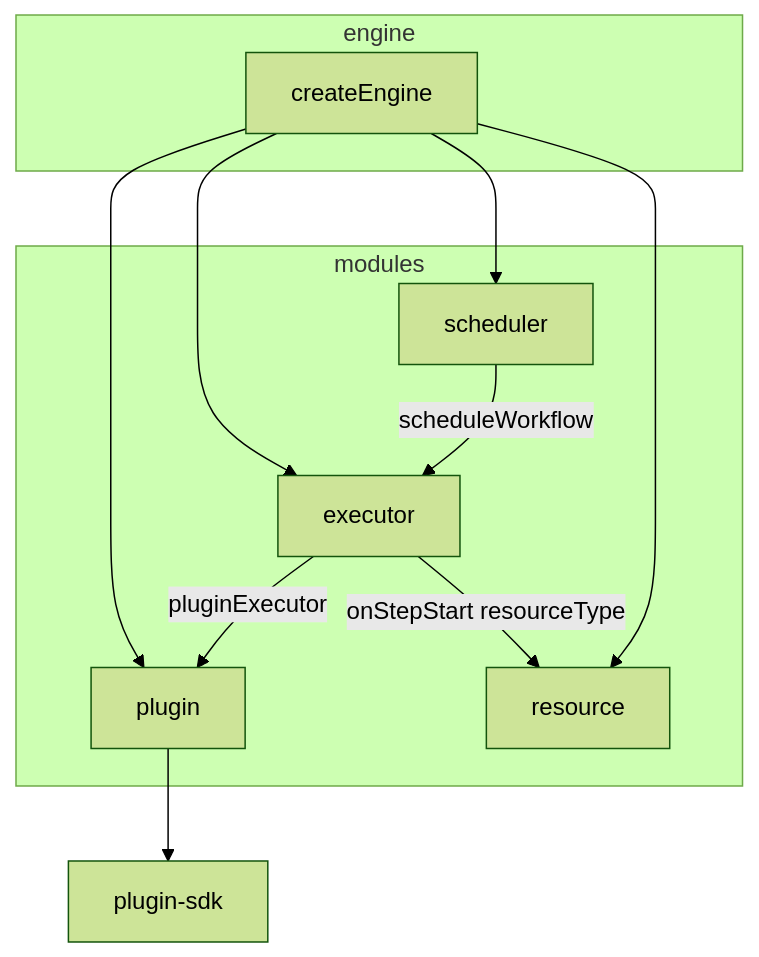
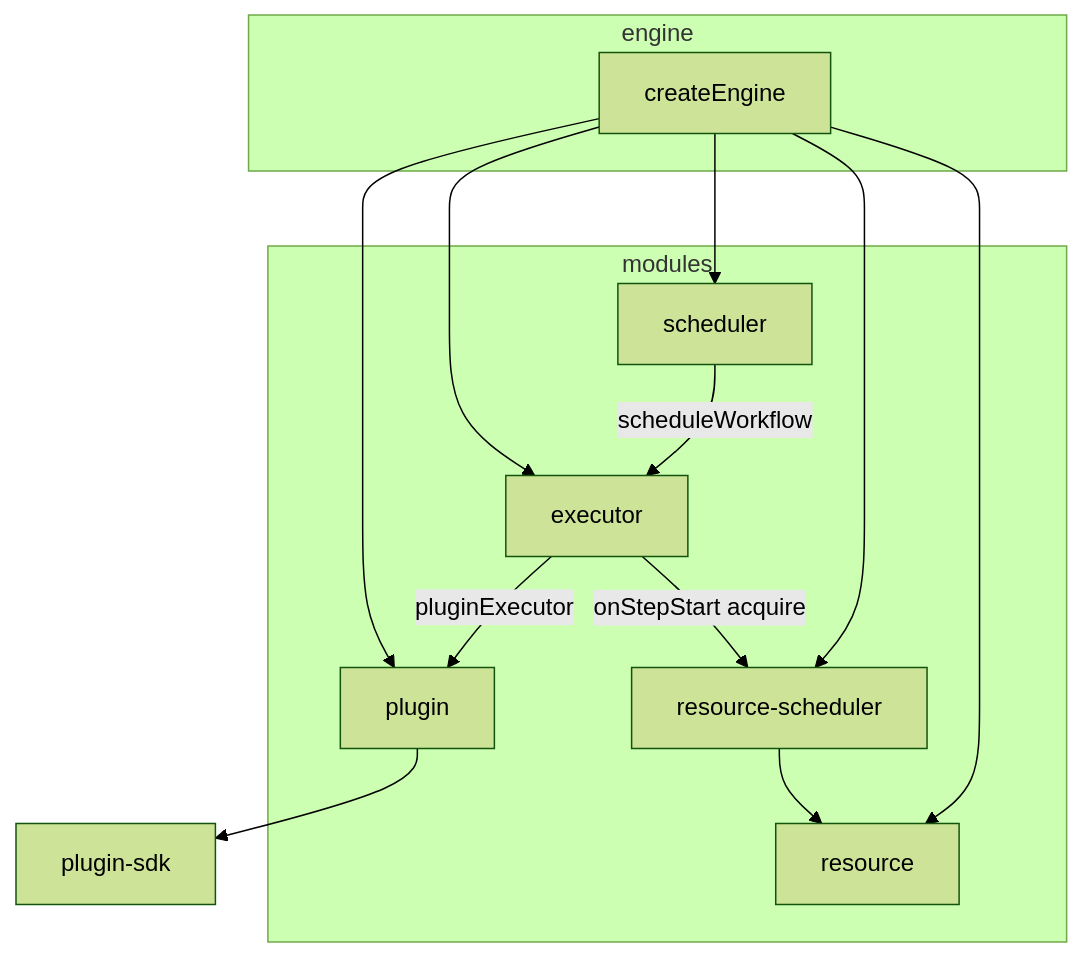
The diagram in packages/core-engine/README.md (xumpxxhh/monai-devops), drawn with Mermaid (forest theme) before and after one commit. The commit also changed other lines of this file and 5 other files, not shown here.

````diff
--- a/packages/core-engine/README.md
+++ b/packages/core-engine/README.md
@@ -7,21 +7,24 @@
 ```mermaid
 flowchart TB
   subgraph entry [engine]
     CE[createEngine]
   end
   subgraph modules [modules]
     PM[plugin]
     EX[executor]
     SCH[scheduler]
+    RS[resource-scheduler]
     RES[resource]
   end
   SDK[plugin-sdk]
   CE --> PM
   CE --> EX
   CE --> SCH
+  CE --> RS
   CE --> RES
   PM --> SDK
   EX -->|"pluginExecutor"| PM
-  EX -->|"onStepStart resourceType"| RES
+  EX -->|"onStepStart acquire"| RS
+  RS --> RES
   SCH -->|"scheduleWorkflow"| EX
 ```
````
